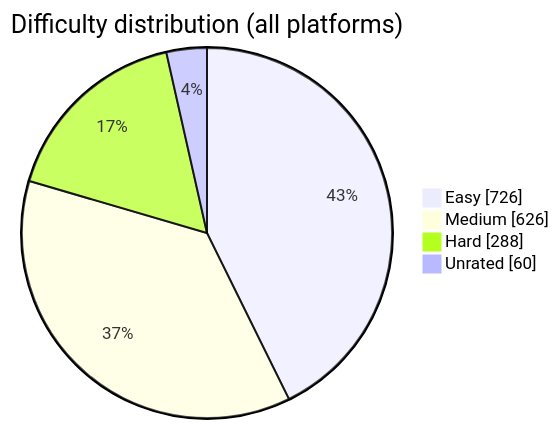
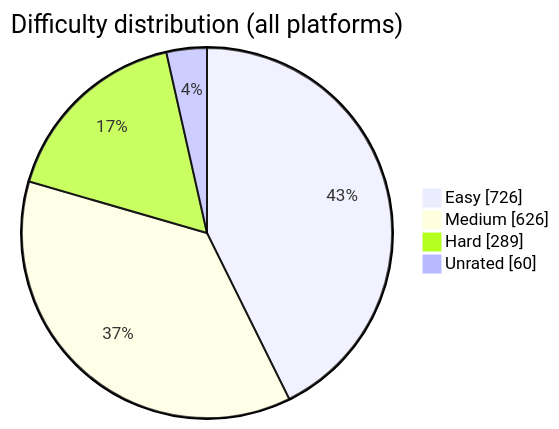
Before and after one commit to BuildbyArindam/Daily-Coding-Log: the diagram in README.md, drawn with Mermaid. The commit also changed other lines of this file, not shown here.

````diff
--- a/README.md
+++ b/README.md
@@ -93,7 +93,7 @@
 ```mermaid
 pie showData title Difficulty distribution (all platforms)
     "Easy" : 726
     "Medium" : 626
-    "Hard" : 288
+    "Hard" : 289
     "Unrated" : 60
 ```
````
